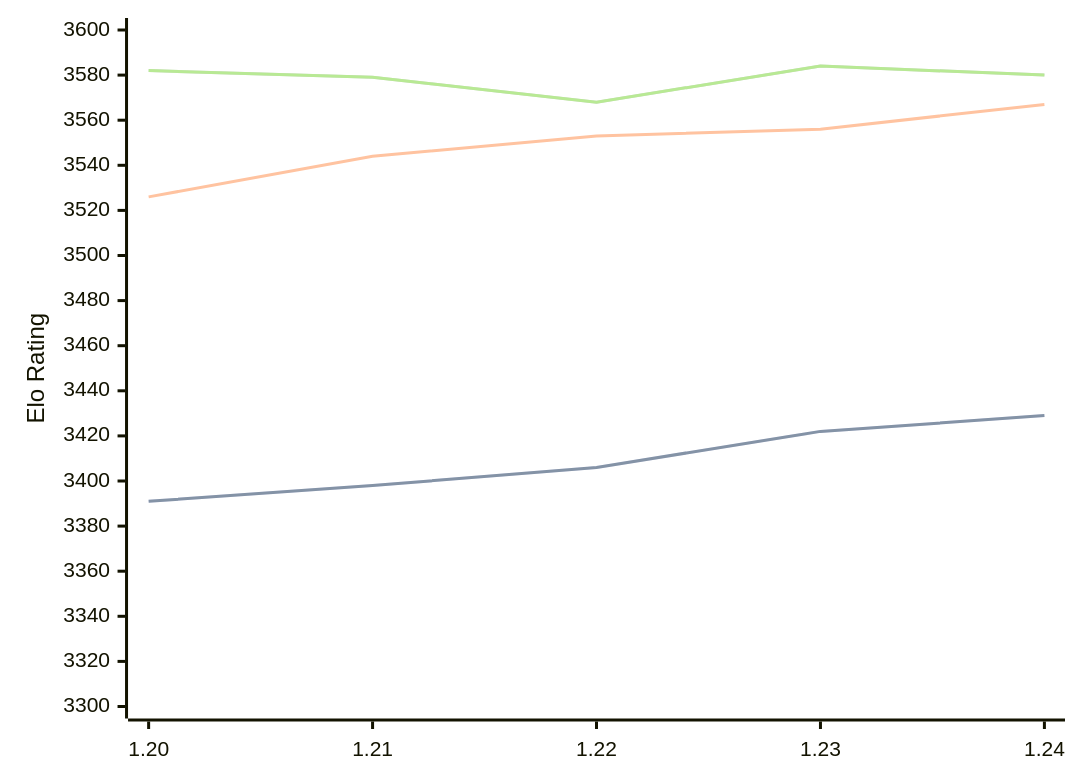
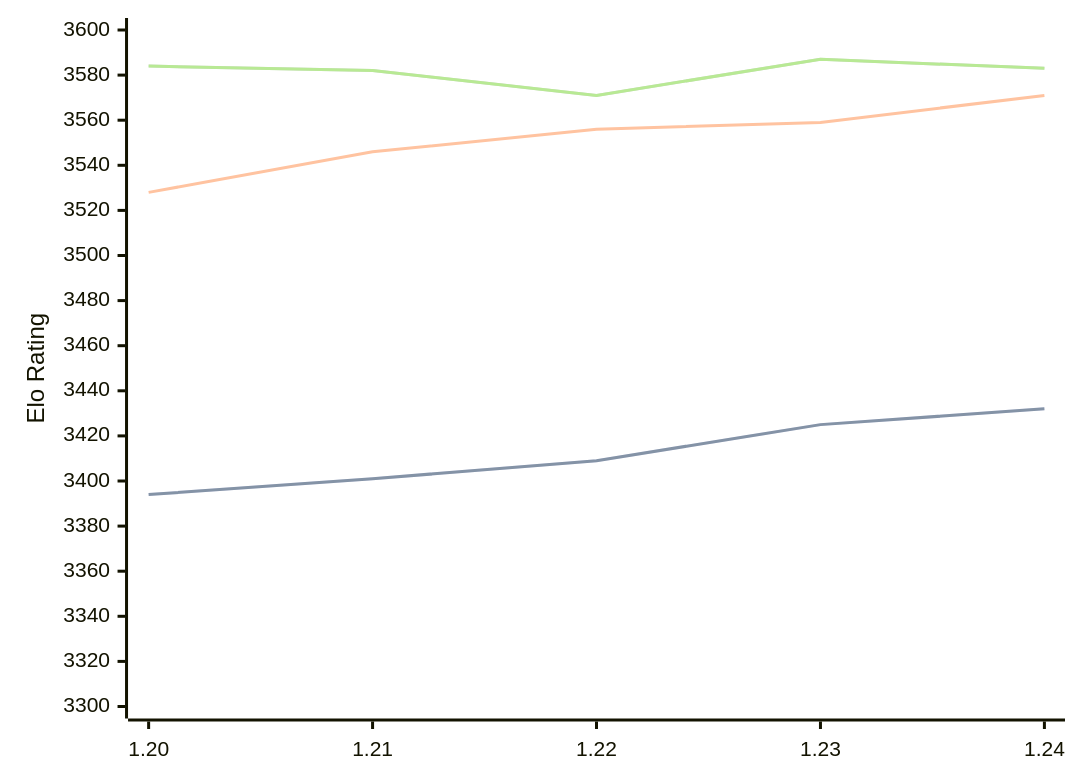
One commit to computer-chess-index/cci changed the diagram in engines/Caissa.md. Above: the diagram before and after it, drawn with Mermaid. The commit also changed other lines of this file, not shown here.

Commit message:
Update CCI Ratings (ELO VLTC) - 2026-02-20

````diff
--- a/engines/Caissa.md
+++ b/engines/Caissa.md
@@ -61,11 +61,11 @@
 ```mermaid
 %%{init: {"theme":"base","themeVariables":{"seriesColors:['#a3a3a3','#222221','#faa371']}}}%%
 xychart-beta
   x-axis ["1.20", "1.21", "1.22", "1.23", "1.24"]
   y-axis "Elo Rating" 3300 --> 3600
-  line "STC (8.0+0.08s)" [3391, 3398, 3406, 3422, 3429]
-  line "STC (8.0+0.08s)" [3391, 3398, 3406, 3422, 3429]
-  line "LTC (60.0+0.60s)" [3526, 3544, 3553, 3556, 3567]
-  line "VLTC (2m24s+1.12s)" [3582, 3579, 3568, 3584, 3580]
-  line "VLTC (2m24s+1.12s)" [3582, 3579, 3568, 3584, 3580]
+  line "STC (8.0+0.08s)" [3394, 3401, 3409, 3425, 3432]
+  line "STC (8.0+0.08s)" [3394, 3401, 3409, 3425, 3432]
+  line "LTC (60.0+0.60s)" [3528, 3546, 3556, 3559, 3571]
+  line "VLTC (2m24s+1.12s)" [3584, 3582, 3571, 3587, 3583]
+  line "VLTC (2m24s+1.12s)" [3584, 3582, 3571, 3587, 3583]
 ```
````
